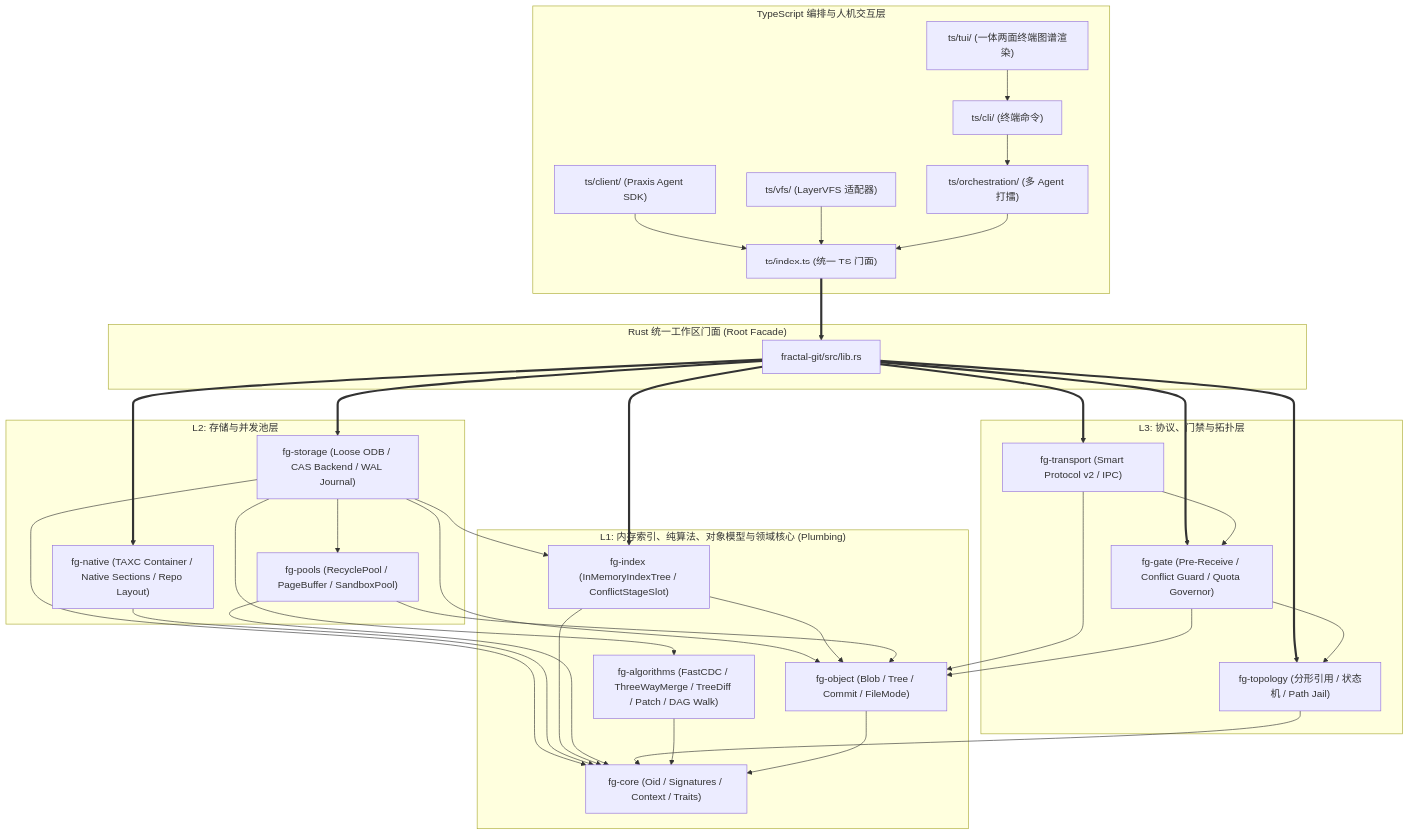
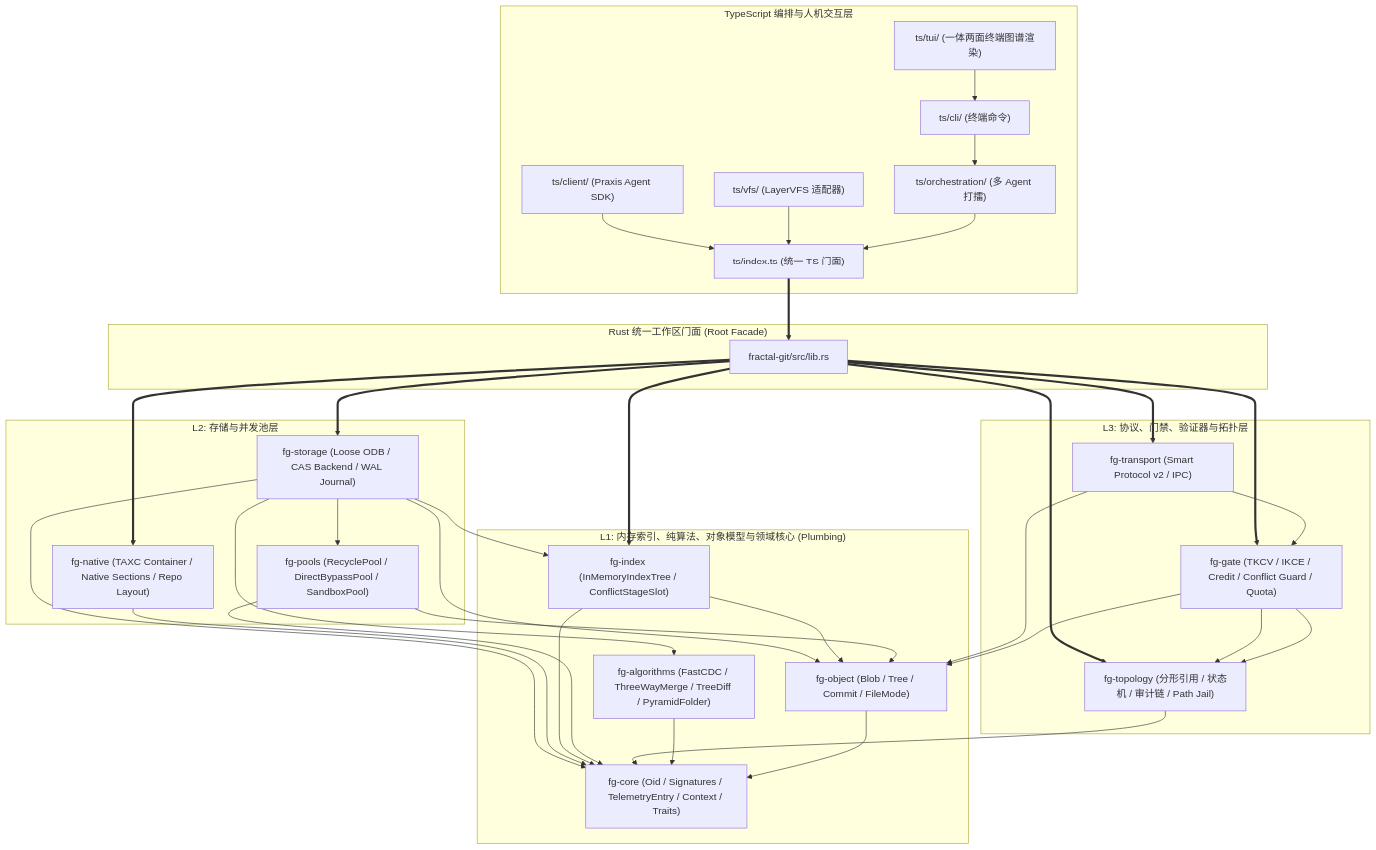
The diagram in fractal-git/docs/DIRECTORY_SPEC.md (guilingzhouyi-creator/vscode-extensions), drawn with Mermaid before and after one commit. The commit also changed other lines of this file and 84 other files, not shown here.

````diff
--- a/fractal-git/docs/DIRECTORY_SPEC.md
+++ b/fractal-git/docs/DIRECTORY_SPEC.md
@@ -35,67 +35,68 @@
 ```mermaid
 flowchart TD
   subgraph TS_LAYER["TypeScript 编排与人机交互层"]
     CLIENT["ts/client/ (Praxis Agent SDK)"]
     VFS["ts/vfs/ (LayerVFS 适配器)"]
     TUI["ts/tui/ (一体两面终端图谱渲染)"]
     ORCH["ts/orchestration/ (多 Agent 打擂)"]
     CLI["ts/cli/ (终端命令)"]
     TS_FACADE["ts/index.ts (统一 TS 门面)"]
     CLIENT --> TS_FACADE
     VFS --> TS_FACADE
     TUI --> CLI --> ORCH --> TS_FACADE
   end
 
   subgraph ROOT_RUST["Rust 统一工作区门面 (Root Facade)"]
     ROOT_LIB["fractal-git/src/lib.rs"]
   end
 
-  subgraph LAYER_TOP["L3: 协议、门禁与拓扑层"]
+  subgraph LAYER_TOP["L3: 协议、门禁、验证器与拓扑层"]
     TRANSPORT["fg-transport (Smart Protocol v2 / IPC)"]
-    GATE["fg-gate (Pre-Receive / Conflict Guard / Quota Governor)"]
-    TOPOLOGY["fg-topology (分形引用 / 状态机 / Path Jail)"]
+    GATE["fg-gate (TKCV / IKCE / Credit / Conflict Guard / Quota)"]
+    TOPOLOGY["fg-topology (分形引用 / 状态机 / 审计链 / Path Jail)"]
   end
 
   subgraph LAYER_STORAGE["L2: 存储与并发池层"]
     STORAGE["fg-storage (Loose ODB / CAS Backend / WAL Journal)"]
     NATIVE["fg-native (TAXC Container / Native Sections / Repo Layout)"]
-    POOLS["fg-pools (RecyclePool / PageBuffer / SandboxPool)"]
+    POOLS["fg-pools (RecyclePool / DirectBypassPool / SandboxPool)"]
   end
 
   subgraph LAYER_LEAF["L1: 内存索引、纯算法、对象模型与领域核心 (Plumbing)"]
     INDEX["fg-index (InMemoryIndexTree / ConflictStageSlot)"]
-    ALGO["fg-algorithms (FastCDC / ThreeWayMerge / TreeDiff / Patch / DAG Walk)"]
+    ALGO["fg-algorithms (FastCDC / ThreeWayMerge / TreeDiff / PyramidFolder)"]
     OBJECT["fg-object (Blob / Tree / Commit / FileMode)"]
-    CORE["fg-core (Oid / Signatures / Context / Traits)"]
+    CORE["fg-core (Oid / Signatures / TelemetryEntry / Context / Traits)"]
   end
 
   TS_FACADE ==> ROOT_LIB
   ROOT_LIB ==> TRANSPORT
   ROOT_LIB ==> GATE
   ROOT_LIB ==> STORAGE
   ROOT_LIB ==> NATIVE
   ROOT_LIB ==> TOPOLOGY
   ROOT_LIB ==> INDEX
 
   TRANSPORT --> GATE --> TOPOLOGY
   TRANSPORT --> OBJECT
   GATE --> OBJECT
+  GATE --> TOPOLOGY
 
   STORAGE --> INDEX
   STORAGE --> POOLS
   STORAGE --> ALGO
   STORAGE --> OBJECT
   STORAGE --> CORE
 
   NATIVE --> CORE
 
   INDEX --> OBJECT
   INDEX --> CORE
 
   POOLS --> OBJECT
   POOLS --> CORE
 
   TOPOLOGY --> CORE
   ALGO --> CORE
   OBJECT --> CORE
 ```
````
